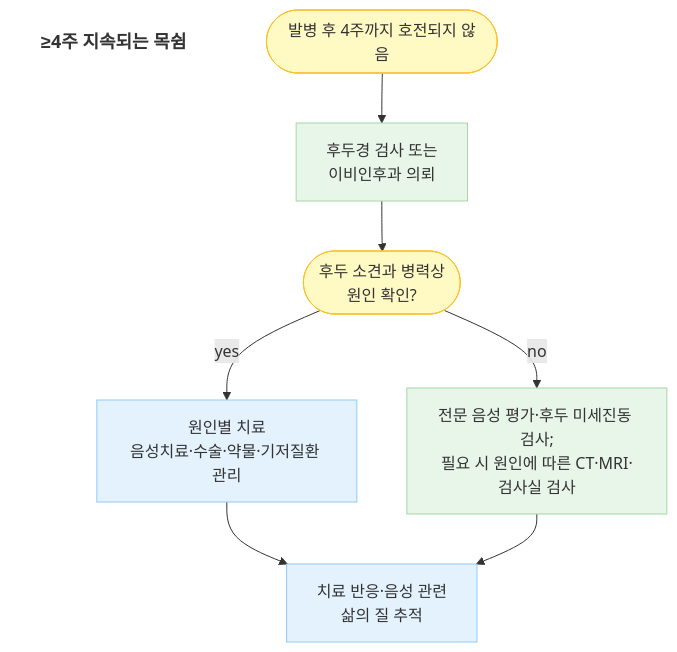
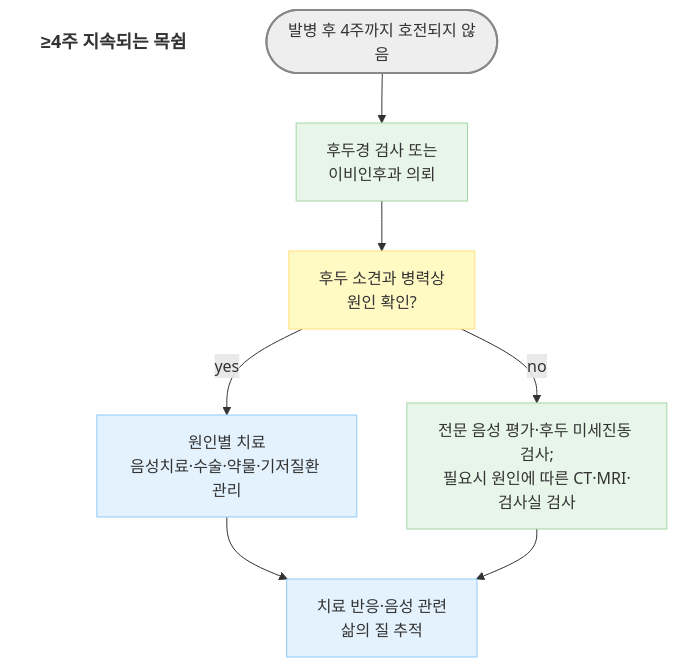
The second of 2 diagrams in 222_/058_-hoarseness.md (familyoh77/familyoh77), drawn with Mermaid before and after one commit. The commit also changed other lines of this file, not shown here.

````diff
--- a/222_/058_-hoarseness.md
+++ b/222_/058_-hoarseness.md
@@ -139,21 +150,23 @@
 ```mermaid
 graph TD
-    Title[<b>≥4주 지속되는 목쉼</b>]
+    Title["<b>≥4주 지속되는 목쉼</b>"]
     style Title fill:none,stroke:none,font-size:18px
 
-    Start([발병 후 4주까지 호전되지 않음])
-    Start --> L[후두경 검사 또는<br/>이비인후과 의뢰]
-    L --> Q([후두 소견과 병력상<br/>원인 확인?])
-    Q -- yes --> T[원인별 치료<br/>음성치료·수술·약물·기저질환 관리]
-    Q -- no --> W[전문 음성 평가·후두 미세진동 검사;<br/>필요 시 원인에 따른 CT·MRI·검사실 검사]
-    T --> F[치료 반응·음성 관련<br/>삶의 질 추적]
+    Start(["발병 후 4주까지 호전되지 않음"])
+    Start --> L["후두경 검사 또는<br/>이비인후과 의뢰"]
+    L --> Q["후두 소견과 병력상<br/>원인 확인?"]
+    Q -- yes --> T["원인별 치료<br/>음성치료·수술·약물·기저질환 관리"]
+    Q -- no --> W["전문 음성 평가·후두 미세진동 검사;<br/>필요시 원인에 따른 CT·MRI·검사실 검사"]
+    T --> F["치료 반응·음성 관련<br/>삶의 질 추적"]
     W --> F
 
-    classDef yellow fill:#FFF9C4,stroke:#FBC02D;
+    classDef start fill:#eeeeee,stroke:#888888,stroke-width:2px;
+    classDef question fill:#fff9c4,stroke:#ffe082;
     classDef blue fill:#E3F2FD,stroke:#90CAF9;
     classDef green fill:#E8F5E9,stroke:#A5D6A7;
 
-    class Start,Q yellow;
+    class Start start;
+    class Q question;
     class T,F blue;
     class L,W green;
 ```
````
